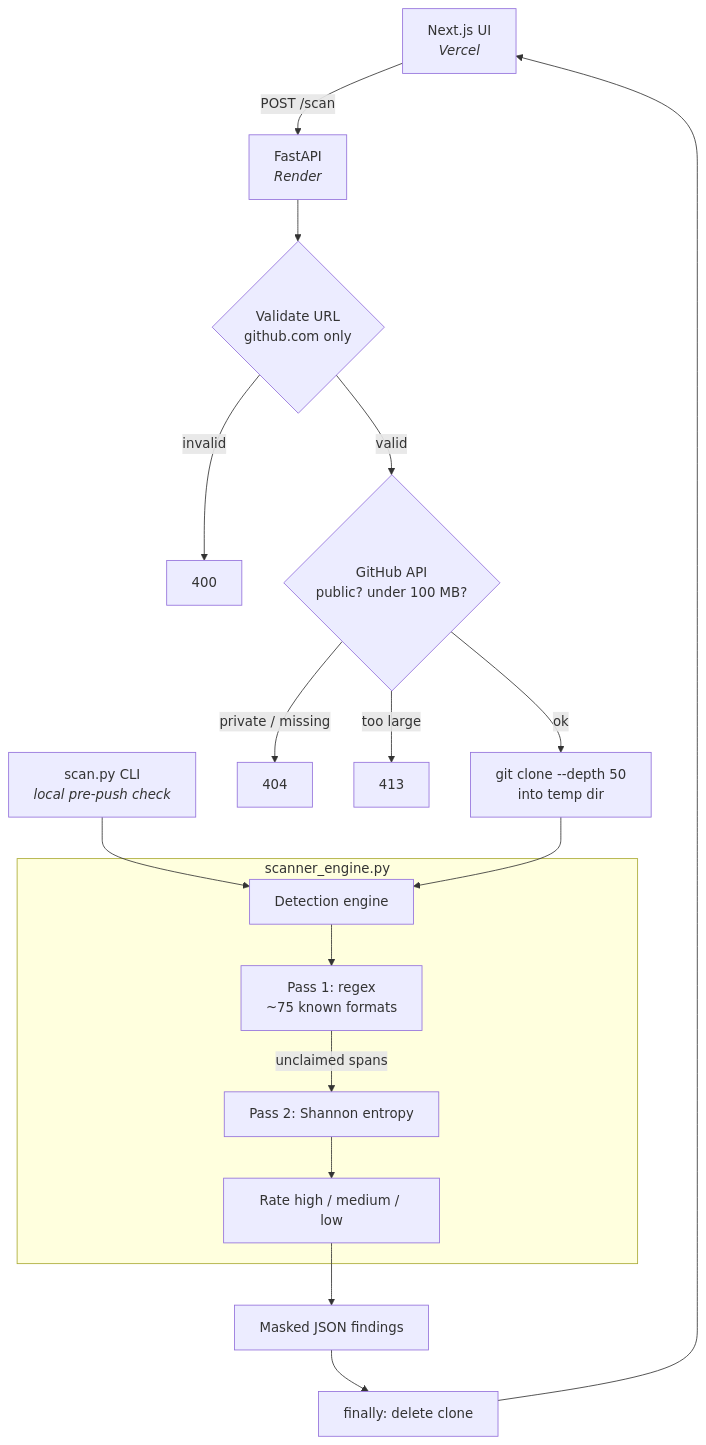
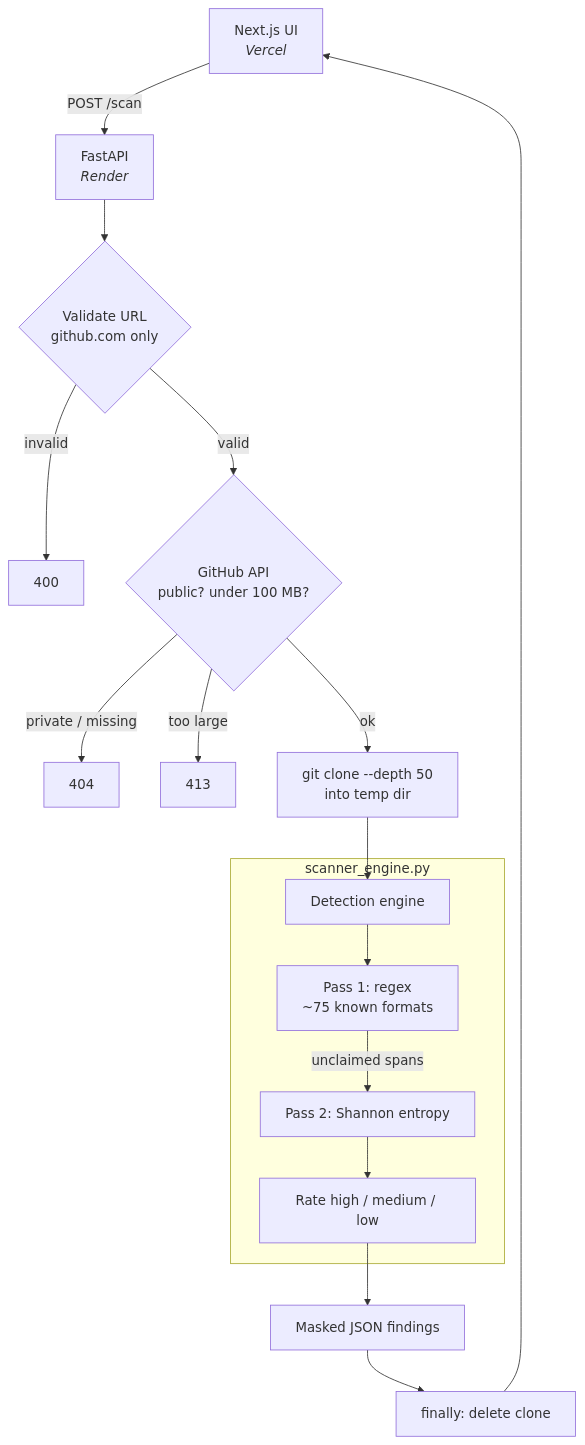
One commit to finsenn/Leakscan changed the diagram in README.md. Above: the diagram before and after it, drawn with Mermaid. The commit also changed other lines of this file and 2 other files, not shown here.

First line of the commit message:
Untrack CLAUDE.md and scan.py; keep them local only

````diff
--- a/README.md
+++ b/README.md
@@ -77,23 +75,22 @@
 ```mermaid
 flowchart TD
     UI["Next.js UI<br/><i>Vercel</i>"] -->|POST /scan| API["FastAPI<br/><i>Render</i>"]
-    CLI["scan.py CLI<br/><i>local pre-push check</i>"] --> ENGINE
 
     API --> V{"Validate URL<br/>github.com only"}
     V -->|invalid| E400["400"]
     V -->|valid| PRE{"GitHub API<br/>public? under 100 MB?"}
     PRE -->|private / missing| E404["404"]
     PRE -->|too large| E413["413"]
     PRE -->|ok| CLONE["git clone --depth 50<br/>into temp dir"]
     CLONE --> ENGINE["Detection engine"]
 
     subgraph ENGINE_BOX["scanner_engine.py"]
         ENGINE --> REGEX["Pass 1: regex<br/>~75 known formats"]
         REGEX -->|unclaimed spans| ENT["Pass 2: Shannon entropy"]
         ENT --> RANK["Rate high / medium / low"]
     end
 
     RANK --> JSON["Masked JSON findings"]
     JSON --> CLEAN["finally: delete clone"]
     CLEAN --> UI
 ```
````
